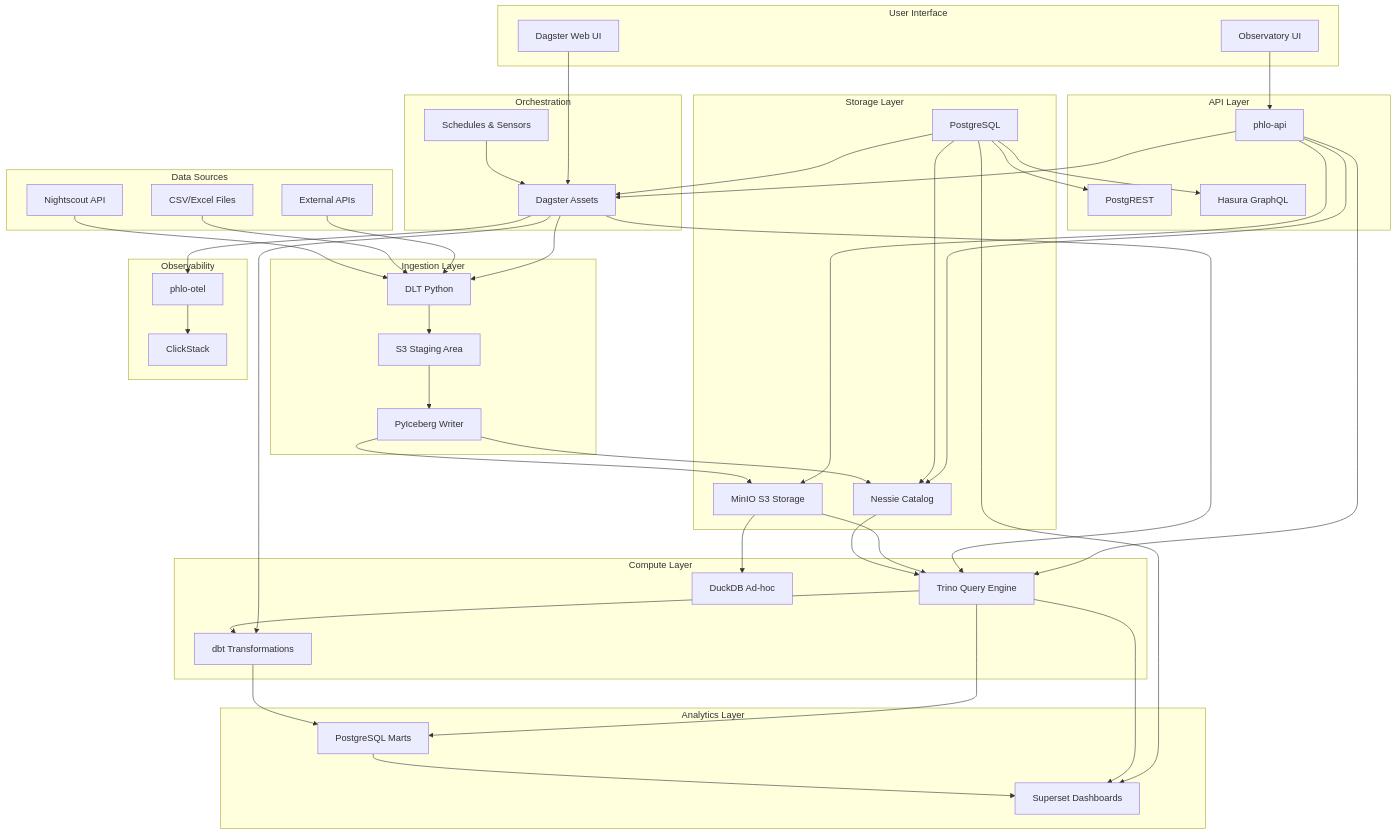
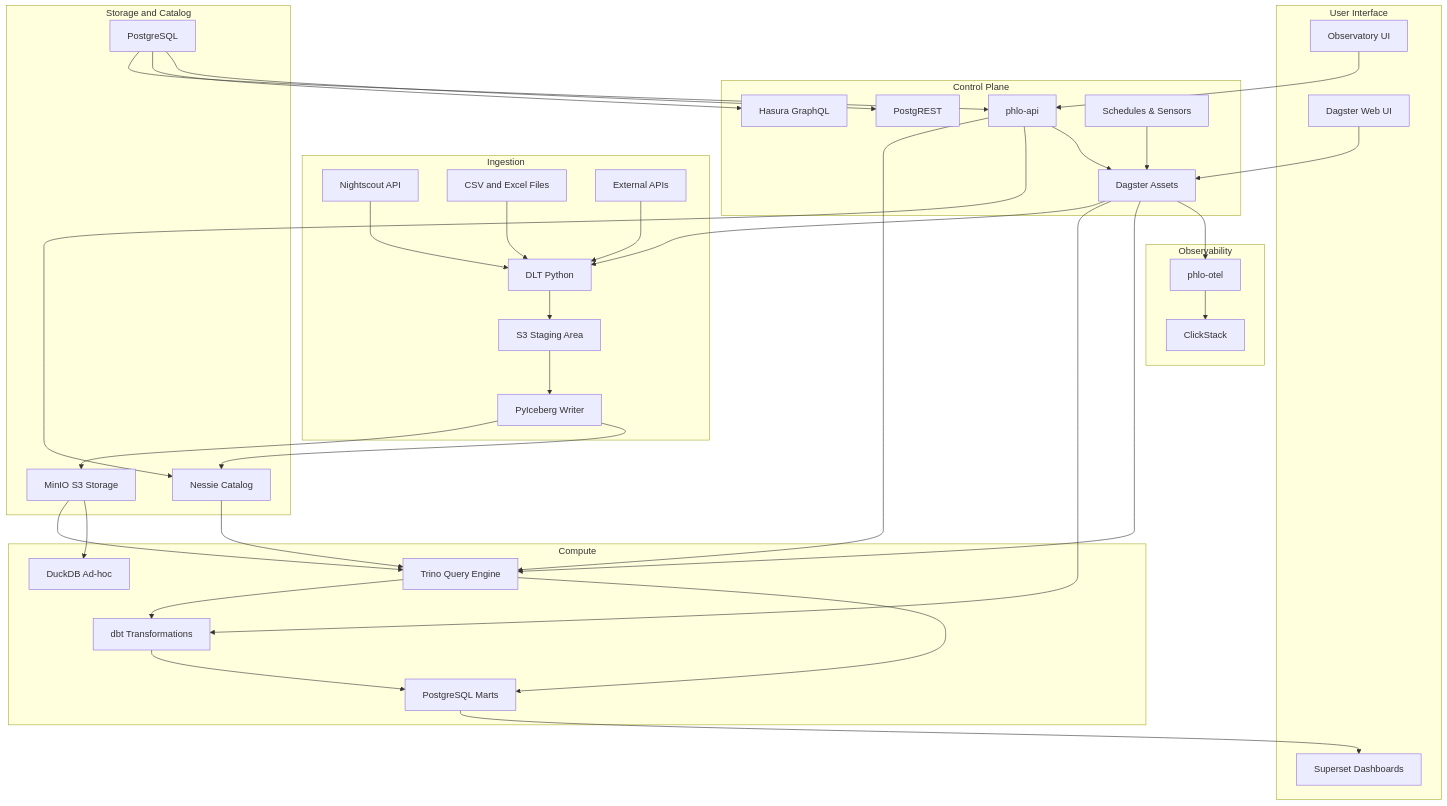
Before and after one commit to iamgp/phlo: the first of 4 diagrams in docs/reference/architecture.md, drawn with Mermaid. The commit also changed other lines of this file and 458 other files, not shown here.

````diff
--- a/docs/reference/architecture.md
+++ b/docs/reference/architecture.md
@@ -39,91 +39,73 @@
 ```mermaid
 graph TB
-    subgraph "Data Sources"
-        NS[Nightscout API]
-        FILES[CSV/Excel Files]
-        EXTERNAL[External APIs]
+    subgraph ui["User Interface"]
+        OBS[Observatory UI]
+        DAGUI[Dagster Web UI]
+        SUPERSET[Superset Dashboards]
     end
 
-    subgraph "User Interface"
-        OBS[Observatory UI]
-        DAGUI[Dagster Web UI]
+    subgraph control["Control Plane"]
+        PAPI[phlo-api]
+        HASURA[Hasura GraphQL]
+        POSTGREST[PostgREST]
+        SCHEDULES[Schedules & Sensors]
+        DAGSTER[Dagster Assets]
     end
 
-    subgraph "API Layer"
-        PAPI[phlo-api]
-        POSTGREST[PostgREST]
-        HASURA[Hasura GraphQL]
-    end
-
-    subgraph "Ingestion Layer"
+    subgraph ingest["Ingestion"]
+        NS[Nightscout API]
+        FILES[CSV and Excel Files]
+        EXTERNAL[External APIs]
         DLT[DLT Python]
         STAGE[S3 Staging Area]
         PYI[PyIceberg Writer]
     end
 
-    subgraph "Storage Layer"
+    subgraph storage["Storage and Catalog"]
         MINIO[MinIO S3 Storage]
         NESSIE[Nessie Catalog]
         PG[PostgreSQL]
     end
 
-    subgraph "Compute Layer"
+    subgraph compute["Compute"]
         TRINO[Trino Query Engine]
         DBT[dbt Transformations]
         DUCK[DuckDB Ad-hoc]
+        MARTS[PostgreSQL Marts]
     end
 
-    subgraph "Orchestration"
-        DAGSTER[Dagster Assets]
-        SCHEDULES[Schedules & Sensors]
-    end
-
-    subgraph "Observability"
+    subgraph observability["Observability"]
         OTEL[phlo-otel]
         CLICKSTACK[ClickStack]
-    end
-
-    subgraph "Analytics Layer"
-        MARTS[PostgreSQL Marts]
-        SUPERSET[Superset Dashboards]
     end
 
     NS --> DLT
     FILES --> DLT
     EXTERNAL --> DLT
-    DLT --> STAGE
-    STAGE --> PYI
+    DLT --> STAGE --> PYI
     PYI --> MINIO
     PYI --> NESSIE
 
+    MINIO --> TRINO
     NESSIE --> TRINO
-    MINIO --> TRINO
-    TRINO --> DBT
     MINIO --> DUCK
+    TRINO --> DBT --> MARTS
+    TRINO --> MARTS
 
+    SCHEDULES --> DAGSTER
     DAGSTER --> DLT
     DAGSTER --> DBT
     DAGSTER --> TRINO
-    SCHEDULES --> DAGSTER
-
-    DAGSTER --> OTEL
-    OTEL --> CLICKSTACK
-
-    DBT --> MARTS
-    TRINO --> MARTS
-    MARTS --> SUPERSET
-    TRINO --> SUPERSET
-
-    PG --> NESSIE
-    PG --> DAGSTER
-    PG --> SUPERSET
-    PG --> POSTGREST
-    PG --> HASURA
 
     OBS --> PAPI
+    DAGUI --> DAGSTER
     PAPI --> TRINO
     PAPI --> NESSIE
     PAPI --> DAGSTER
-    PAPI --> MINIO
-    DAGUI --> DAGSTER
+    PG --> PAPI
+    PG --> HASURA
+    PG --> POSTGREST
+    MARTS --> SUPERSET
+
+    DAGSTER --> OTEL --> CLICKSTACK
 ```
````
